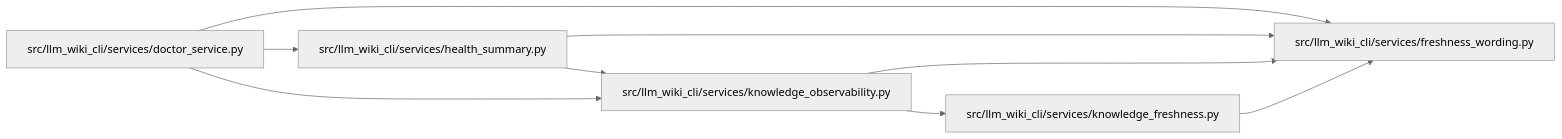
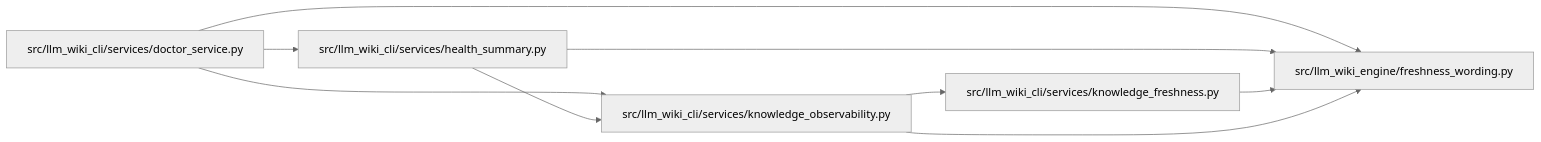
Before and after one commit to Denissvgn/python-wiki-llm: the diagram in docs/llm_wiki/modules/freshness_wording.md, drawn with Mermaid (neutral theme). The commit also changed other lines of this file and 1103 other files, not shown here.

First line of the commit message:
docs: refresh the wiki for the llm-wiki-engine distribution

````diff
--- a/docs/llm_wiki/modules/freshness_wording.md
+++ b/docs/llm_wiki/modules/freshness_wording.md
@@ -12,21 +12,21 @@
 ```mermaid
 flowchart LR
     n0["src/llm_wiki_cli/services/doctor_service.py"]
-    n1["src/llm_wiki_cli/services/freshness_wording.py"]
-    n2["src/llm_wiki_cli/services/health_summary.py"]
-    n3["src/llm_wiki_cli/services/knowledge_freshness.py"]
-    n4["src/llm_wiki_cli/services/knowledge_observability.py"]
+    n1["src/llm_wiki_cli/services/health_summary.py"]
+    n2["src/llm_wiki_cli/services/knowledge_freshness.py"]
+    n3["src/llm_wiki_cli/services/knowledge_observability.py"]
+    n4["src/llm_wiki_engine/freshness_wording.py"]
     n0 --> n1
-    n0 --> n2
+    n0 --> n3
     n0 --> n4
-    n2 --> n1
+    n1 --> n3
+    n1 --> n4
     n2 --> n4
-    n3 --> n1
-    n4 --> n1
-    n4 --> n3
+    n3 --> n2
+    n3 --> n4
     click n0 "../modules/doctor_service.md"
-    click n1 "../modules/freshness_wording.md"
-    click n2 "../modules/health_summary.md"
-    click n3 "../modules/knowledge_freshness.md"
-    click n4 "../modules/knowledge_observability.md"
+    click n1 "../modules/health_summary.md"
+    click n2 "../modules/knowledge_freshness.md"
+    click n3 "../modules/knowledge_observability.md"
+    click n4 "../modules/freshness_wording.md"
 ```
````
